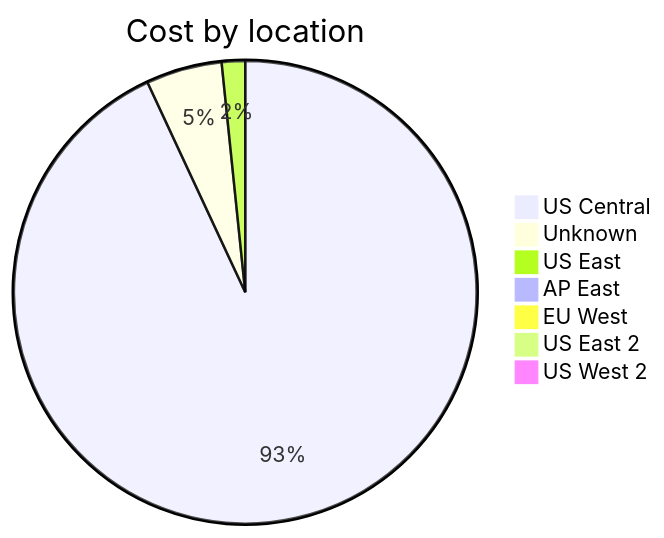
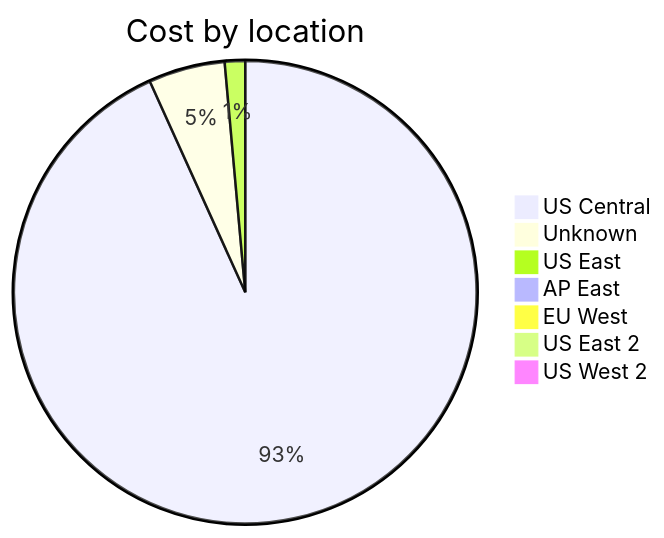
Before and after one commit to jpfulton/azure-personal-reports: the third of 4 diagrams in cost-reports/accumulated-cost.md, drawn with Mermaid. The commit also changed other lines of this file and 4 other files, not shown here.

````diff
--- a/cost-reports/accumulated-cost.md
+++ b/cost-reports/accumulated-cost.md
@@ -119,11 +119,11 @@
 ```mermaid
 pie
    title Cost by location
-   "US Central" : 2.28
-   "Unknown" : 0.13
+   "US Central" : 2.62
+   "Unknown" : 0.15
    "US East" : 0.04
    "AP East" : 0.00
    "EU West" : 0.00
    "US East 2" : 0.00
    "US West 2" : 0.00
 ```
````
